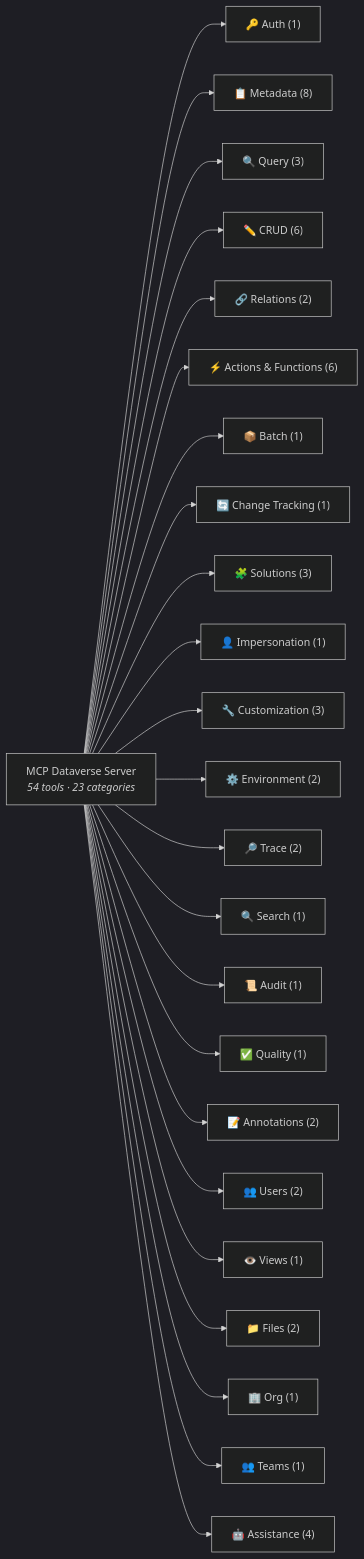
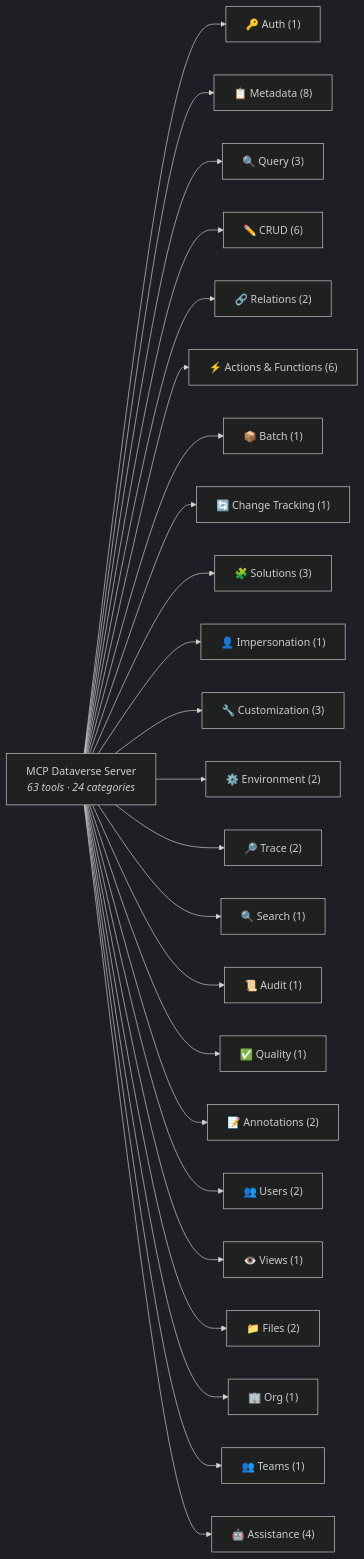
One commit to codeurali/mcp-dataverse changed the diagram in CAPABILITIES.md. Above: the diagram before and after it, drawn with Mermaid (dark theme). The commit also changed other lines of this file and 95 other files, not shown here.

First line of the commit message:
v0.3.7: docs site, 23 bug fixes, schema roadmap

````diff
--- a/CAPABILITIES.md
+++ b/CAPABILITIES.md
@@ -92,28 +92,28 @@
 ```mermaid
 graph LR
-    MCP["MCP Dataverse Server<br/><i>54 tools · 23 categories</i>"]
+    MCP["MCP Dataverse Server<br/><i>63 tools · 24 categories</i>"]
 
     MCP --> AUTH["🔑 Auth (1)"]
     MCP --> META["📋 Metadata (8)"]
     MCP --> QUERY["🔍 Query (3)"]
     MCP --> CRUD["✏️ CRUD (6)"]
     MCP --> REL["🔗 Relations (2)"]
     MCP --> ACT["⚡ Actions & Functions (6)"]
     MCP --> BATCH["📦 Batch (1)"]
     MCP --> TRACK["🔄 Change Tracking (1)"]
     MCP --> SOL["🧩 Solutions (3)"]
     MCP --> IMP["👤 Impersonation (1)"]
     MCP --> CUST["🔧 Customization (3)"]
     MCP --> ENV["⚙️ Environment (2)"]
     MCP --> TRACE["🔎 Trace (2)"]
     MCP --> SRCH["🔍 Search (1)"]
     MCP --> AUDIT["📜 Audit (1)"]
     MCP --> QUAL["✅ Quality (1)"]
     MCP --> NOTE["📝 Annotations (2)"]
     MCP --> USR["👥 Users (2)"]
     MCP --> VIEWS["👁️ Views (1)"]
     MCP --> FILES["📁 Files (2)"]
     MCP --> ORG["🏢 Org (1)"]
     MCP --> TEAMS["👥 Teams (1)"]
     MCP --> ASSIST["🤖 Assistance (4)"]
 ```
````
